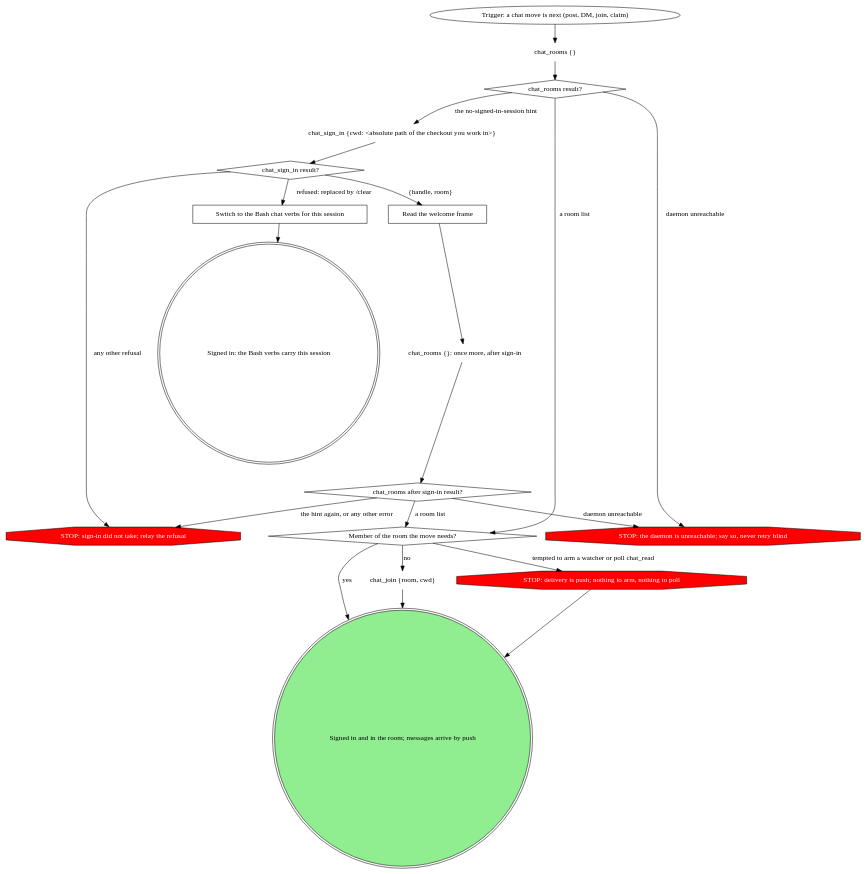
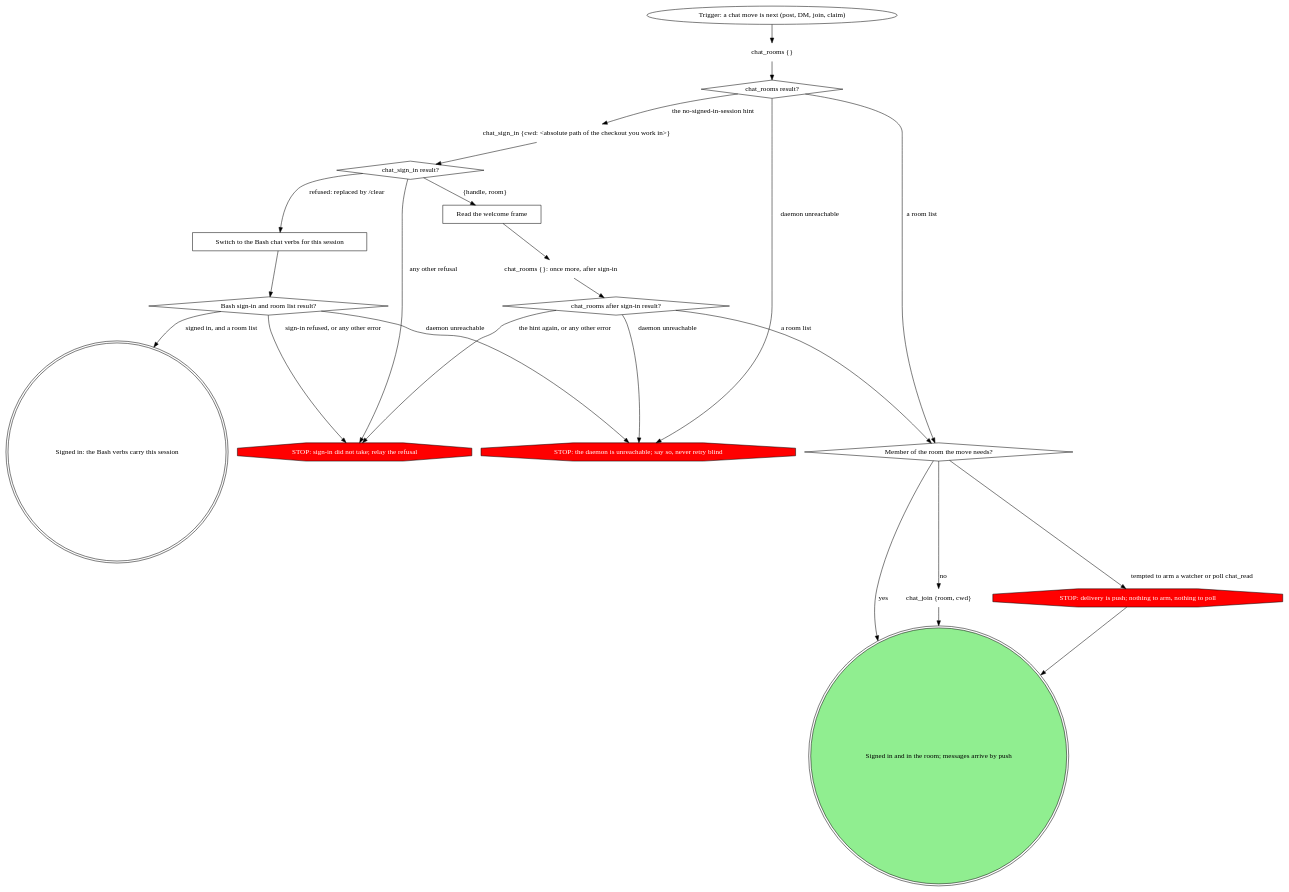
One commit to m4ttstack/mattstack changed the first of 4 diagrams in skills/rt-chat/SKILL.md. Above: the diagram before and after it, drawn with Graphviz. The commit also changed other lines of this file, not shown here.

Commit message:
rt-chat: sign in with the Bash verbs after /clear; recruiting walks the sign-in graph

````diff
--- a/skills/rt-chat/SKILL.md
+++ b/skills/rt-chat/SKILL.md
@@ -29,43 +31,47 @@
 ```dot
 digraph chat_session {
     rankdir=TB;
 
     "Trigger: a chat move is next (post, DM, join, claim)" [shape=ellipse];
     "chat_rooms {}" [shape=plaintext];
     "chat_rooms result?" [shape=diamond];
     "chat_sign_in {cwd: <absolute path of the checkout you work in>}" [shape=plaintext];
     "chat_sign_in result?" [shape=diamond];
     "Read the welcome frame" [shape=box];
     "chat_rooms {}: once more, after sign-in" [shape=plaintext];
     "chat_rooms after sign-in result?" [shape=diamond];
     "STOP: sign-in did not take; relay the refusal" [shape=octagon style=filled fillcolor=red fontcolor=white];
     "Member of the room the move needs?" [shape=diamond];
     "chat_join {room, cwd}" [shape=plaintext];
     "Switch to the Bash chat verbs for this session" [shape=box];
+    "Bash sign-in and room list result?" [shape=diamond];
     "STOP: the daemon is unreachable; say so, never retry blind" [shape=octagon style=filled fillcolor=red fontcolor=white];
     "STOP: delivery is push; nothing to arm, nothing to poll" [shape=octagon style=filled fillcolor=red fontcolor=white];
     "Signed in: the Bash verbs carry this session" [shape=doublecircle];
     "Signed in and in the room; messages arrive by push" [shape=doublecircle style=filled fillcolor=lightgreen];
 
     "Trigger: a chat move is next (post, DM, join, claim)" -> "chat_rooms {}";
     "chat_rooms {}" -> "chat_rooms result?";
     "chat_rooms result?" -> "Member of the room the move needs?" [label="a room list"];
     "chat_rooms result?" -> "chat_sign_in {cwd: <absolute path of the checkout you work in>}" [label="the no-signed-in-session hint"];
     "chat_rooms result?" -> "STOP: the daemon is unreachable; say so, never retry blind" [label="daemon unreachable"];
     "chat_sign_in {cwd: <absolute path of the checkout you work in>}" -> "chat_sign_in result?";
     "chat_sign_in result?" -> "Read the welcome frame" [label="{handle, room}"];
     "chat_sign_in result?" -> "Switch to the Bash chat verbs for this session" [label="refused: replaced by /clear"];
     "chat_sign_in result?" -> "STOP: sign-in did not take; relay the refusal" [label="any other refusal"];
     "Read the welcome frame" -> "chat_rooms {}: once more, after sign-in";
     "chat_rooms {}: once more, after sign-in" -> "chat_rooms after sign-in result?";
     "chat_rooms after sign-in result?" -> "Member of the room the move needs?" [label="a room list"];
     "chat_rooms after sign-in result?" -> "STOP: the daemon is unreachable; say so, never retry blind" [label="daemon unreachable"];
     "chat_rooms after sign-in result?" -> "STOP: sign-in did not take; relay the refusal" [label="the hint again, or any other error"];
     "Member of the room the move needs?" -> "Signed in and in the room; messages arrive by push" [label="yes"];
     "Member of the room the move needs?" -> "chat_join {room, cwd}" [label="no"];
     "Member of the room the move needs?" -> "STOP: delivery is push; nothing to arm, nothing to poll" [label="tempted to arm a watcher or poll chat_read"];
     "STOP: delivery is push; nothing to arm, nothing to poll" -> "Signed in and in the room; messages arrive by push";
     "chat_join {room, cwd}" -> "Signed in and in the room; messages arrive by push";
-    "Switch to the Bash chat verbs for this session" -> "Signed in: the Bash verbs carry this session";
+    "Switch to the Bash chat verbs for this session" -> "Bash sign-in and room list result?";
+    "Bash sign-in and room list result?" -> "Signed in: the Bash verbs carry this session" [label="signed in, and a room list"];
+    "Bash sign-in and room list result?" -> "STOP: the daemon is unreachable; say so, never retry blind" [label="daemon unreachable"];
+    "Bash sign-in and room list result?" -> "STOP: sign-in did not take; relay the refusal" [label="sign-in refused, or any other error"];
 }
 ```
````
